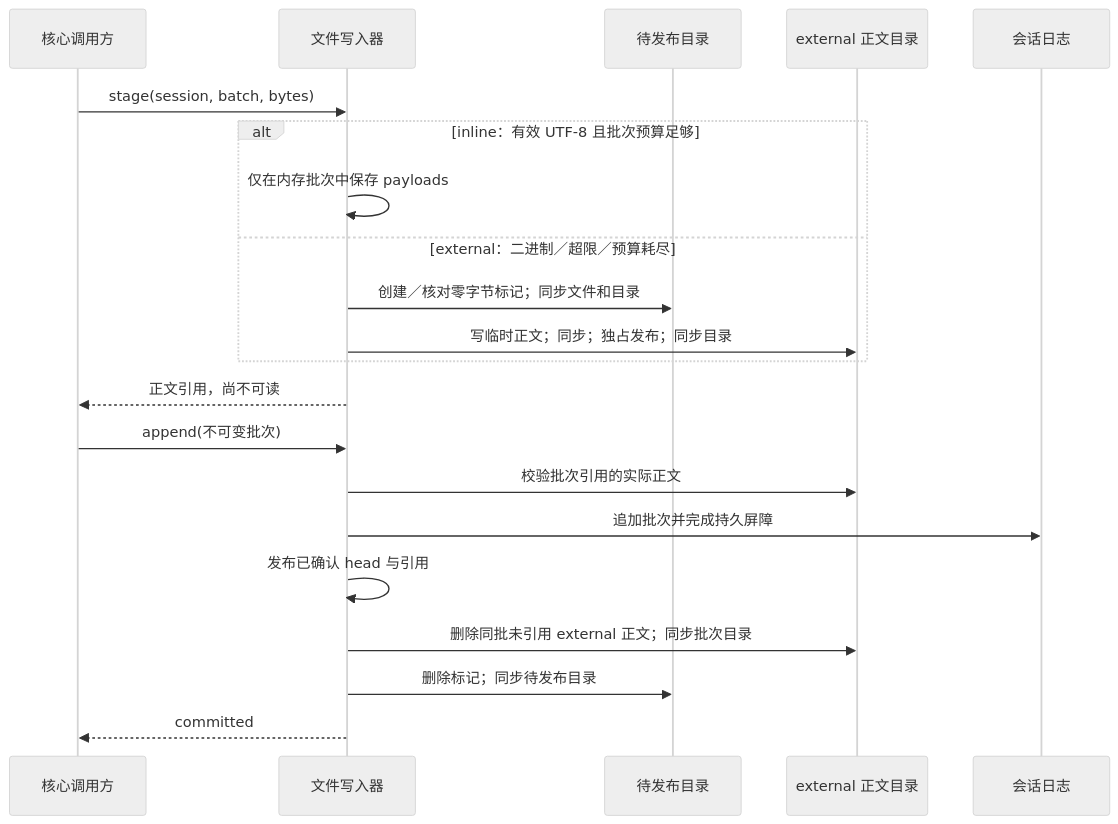
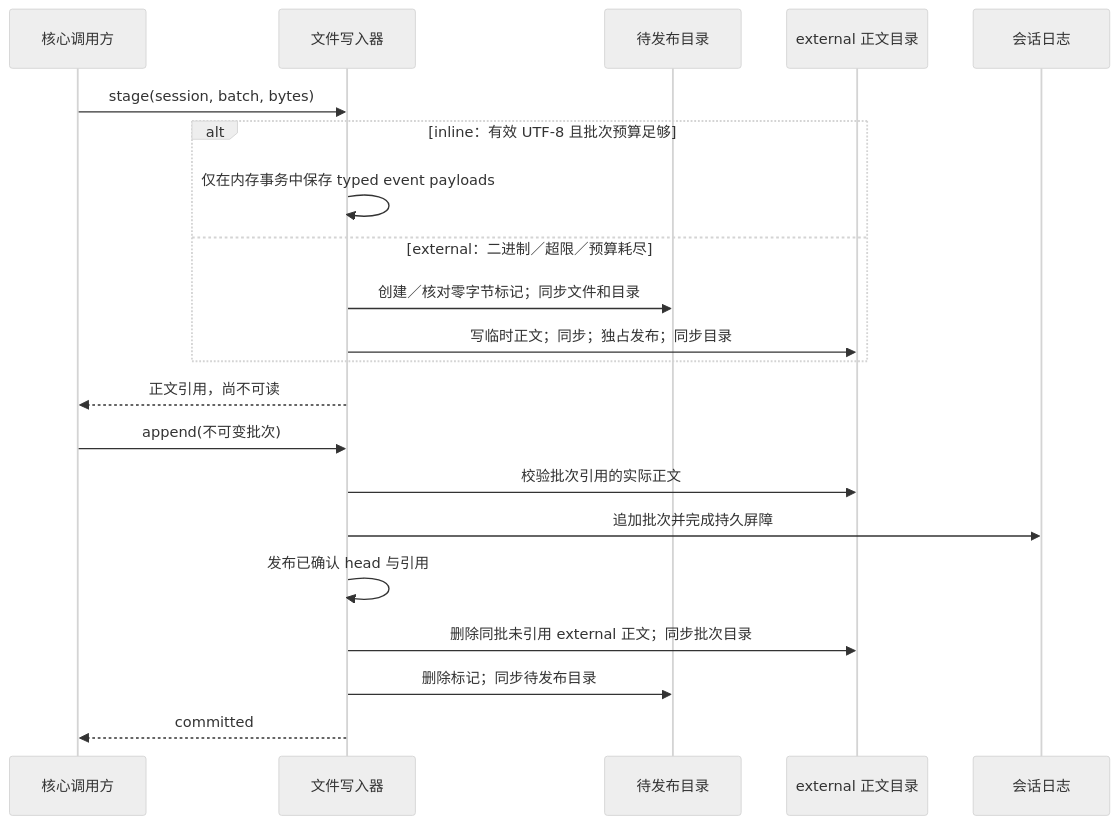
The second of 2 diagrams in docs/architecture/AGENT_PAYLOAD_RECOVERY.md (alwynou/mira), drawn with Mermaid (neutral theme) before and after one commit. The commit also changed other lines of this file and 52 other files, not shown here.

````diff
--- a/docs/architecture/AGENT_PAYLOAD_RECOVERY.md
+++ b/docs/architecture/AGENT_PAYLOAD_RECOVERY.md
@@ -35,23 +35,23 @@
 ```mermaid
 sequenceDiagram
     participant Caller as 核心调用方
     participant Writer as 文件写入器
     participant Pending as 待发布目录
     participant Bodies as external 正文目录
     participant Journal as 会话日志
     Caller->>Writer: stage(session, batch, bytes)
     alt inline：有效 UTF-8 且批次预算足够
-        Writer->>Writer: 仅在内存批次中保存 payloads
+        Writer->>Writer: 仅在内存事务中保存 typed event payloads
     else external：二进制／超限／预算耗尽
         Writer->>Pending: 创建／核对零字节标记；同步文件和目录
         Writer->>Bodies: 写临时正文；同步；独占发布；同步目录
     end
     Writer-->>Caller: 正文引用，尚不可读
     Caller->>Writer: append(不可变批次)
     Writer->>Bodies: 校验批次引用的实际正文
     Writer->>Journal: 追加批次并完成持久屏障
     Writer->>Writer: 发布已确认 head 与引用
     Writer->>Bodies: 删除同批未引用 external 正文；同步批次目录
     Writer->>Pending: 删除标记；同步待发布目录
     Writer-->>Caller: committed
 ```
````
